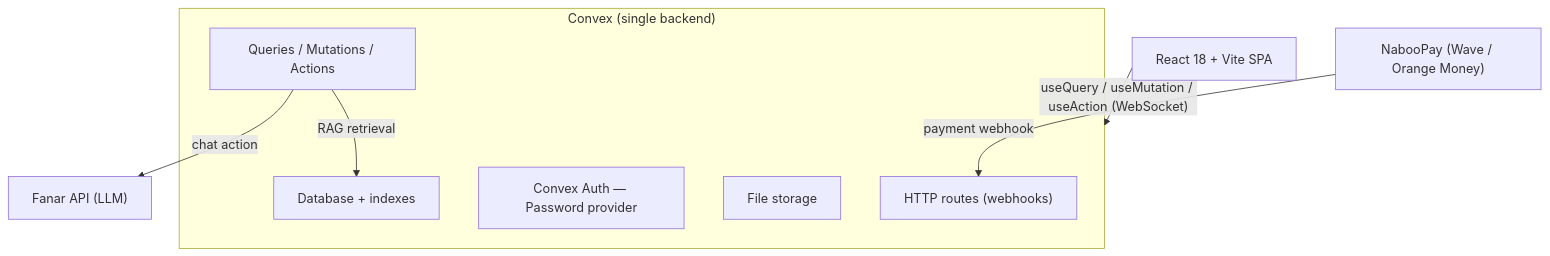
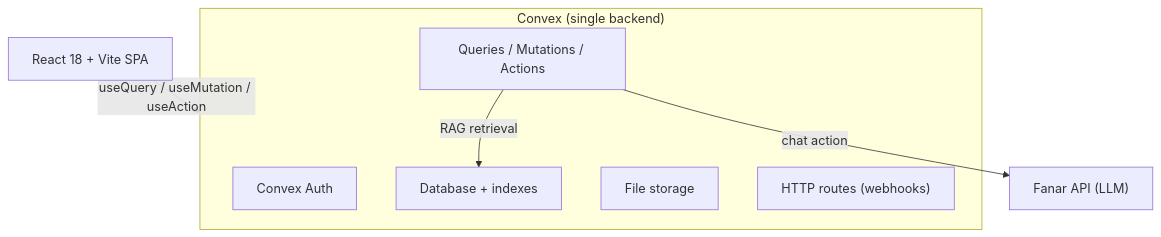
Before and after one commit to utachicodes/gestusadine: the diagram in README.md, drawn with Mermaid. The commit also changed other lines of this file and 2 other files, not shown here.

````diff
--- a/README.md
+++ b/README.md
@@ -19,16 +46,15 @@
 ```mermaid
 graph TD
-    UI["React 18 + Vite SPA"] -->|"useQuery / useMutation / useAction (WebSocket)"| Convex
+    UI["React 18 + Vite SPA"] -->|"useQuery / useMutation / useAction"| Convex
 
     subgraph Convex["Convex (single backend)"]
-        Auth["Convex Auth — Password provider"]
+        Auth["Convex Auth"]
         DB["Database + indexes"]
         Fns["Queries / Mutations / Actions"]
         Files["File storage"]
         HTTP["HTTP routes (webhooks)"]
     end
 
     Fns -->|"chat action"| Fanar["Fanar API (LLM)"]
     Fns -->|"RAG retrieval"| DB
-    NabooPay["NabooPay (Wave / Orange Money)"] -->|"payment webhook"| HTTP
 ```
````
